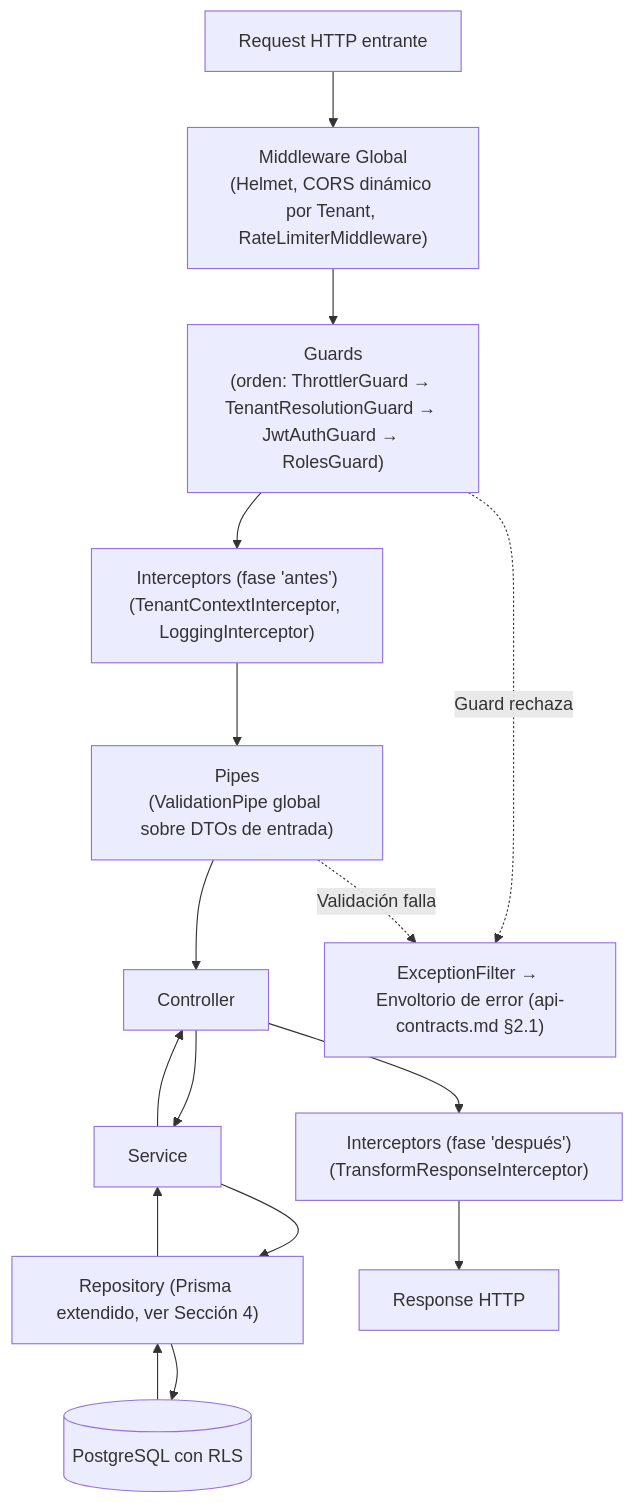
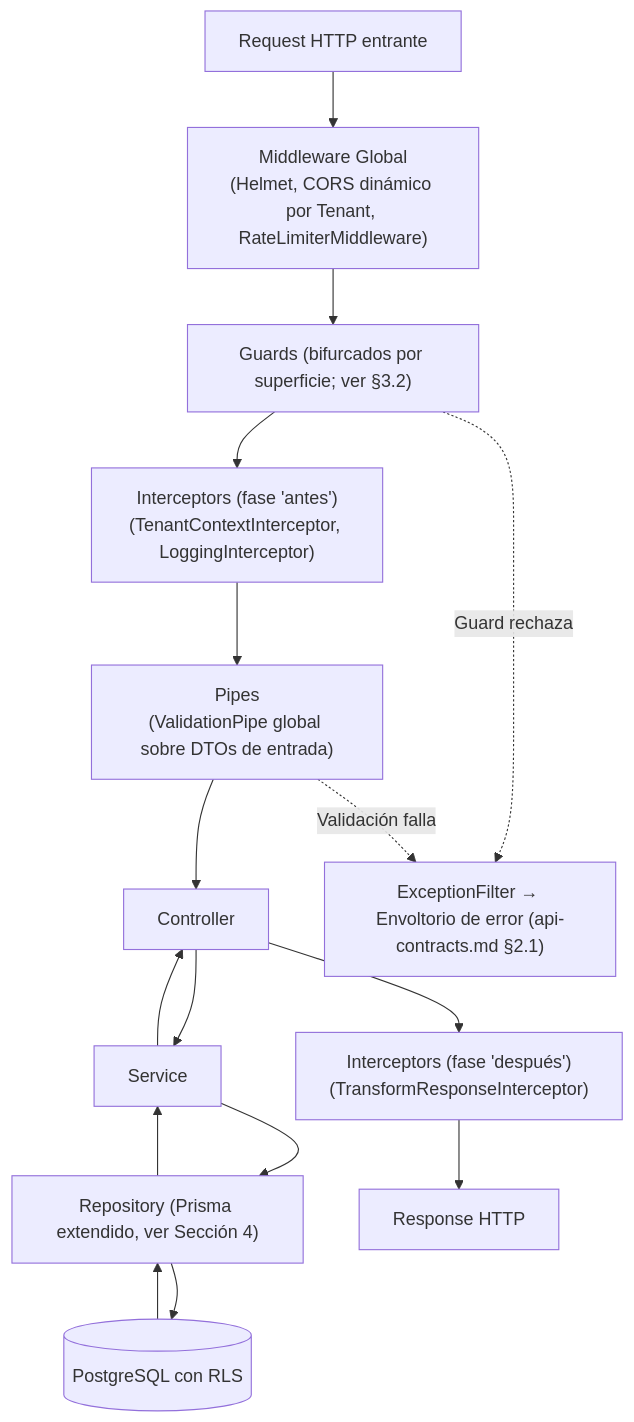
One commit to GastonGuinazu/ProyectoCarta changed the second of 4 diagrams in docs/backend-architecture.md. Above: the diagram before and after it, drawn with Mermaid. The commit also changed other lines of this file and 284 other files, not shown here.

````diff
--- a/docs/backend-architecture.md
+++ b/docs/backend-architecture.md
@@ -80,18 +80,18 @@
 ```mermaid
 flowchart TD
     A[Request HTTP entrante] --> B["Middleware Global<br/>(Helmet, CORS dinámico por Tenant, RateLimiterMiddleware)"]
-    B --> C["Guards<br/>(orden: ThrottlerGuard → TenantResolutionGuard → JwtAuthGuard → RolesGuard)"]
+    B --> C["Guards (bifurcados por superficie; ver §3.2)"]
     C --> D["Interceptors (fase 'antes')<br/>(TenantContextInterceptor, LoggingInterceptor)"]
     D --> E["Pipes<br/>(ValidationPipe global sobre DTOs de entrada)"]
     E --> F[Controller]
     F --> G[Service]
     G --> H["Repository (Prisma extendido, ver Sección 4)"]
     H --> I[(PostgreSQL con RLS)]
     I --> H
     H --> G
     G --> F
     F --> J["Interceptors (fase 'después')<br/>(TransformResponseInterceptor)"]
     J --> K[Response HTTP]
     C -.->|Guard rechaza| L["ExceptionFilter → Envoltorio de error (api-contracts.md §2.1)"]
     E -.->|Validación falla| L
 ```
````
